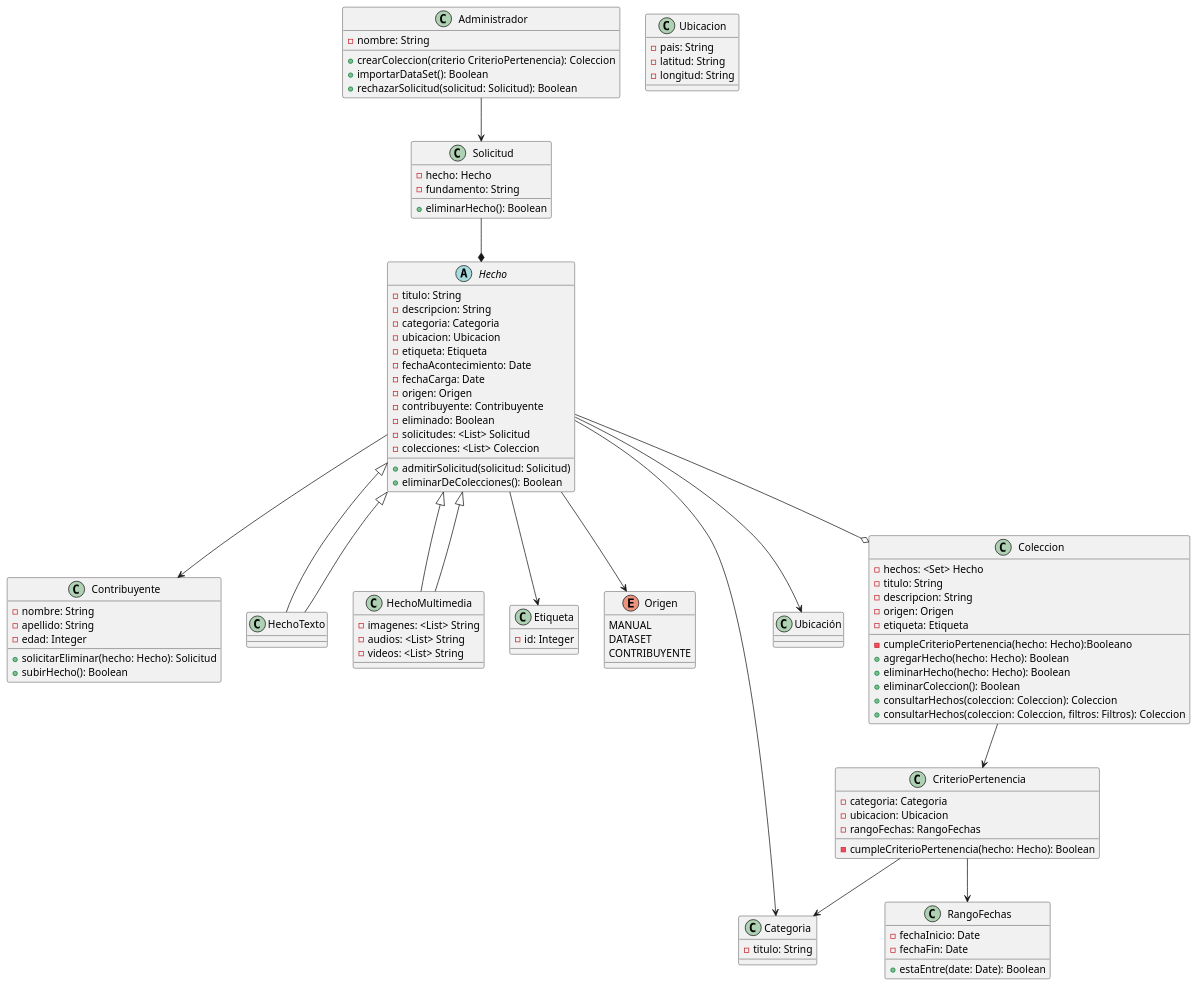
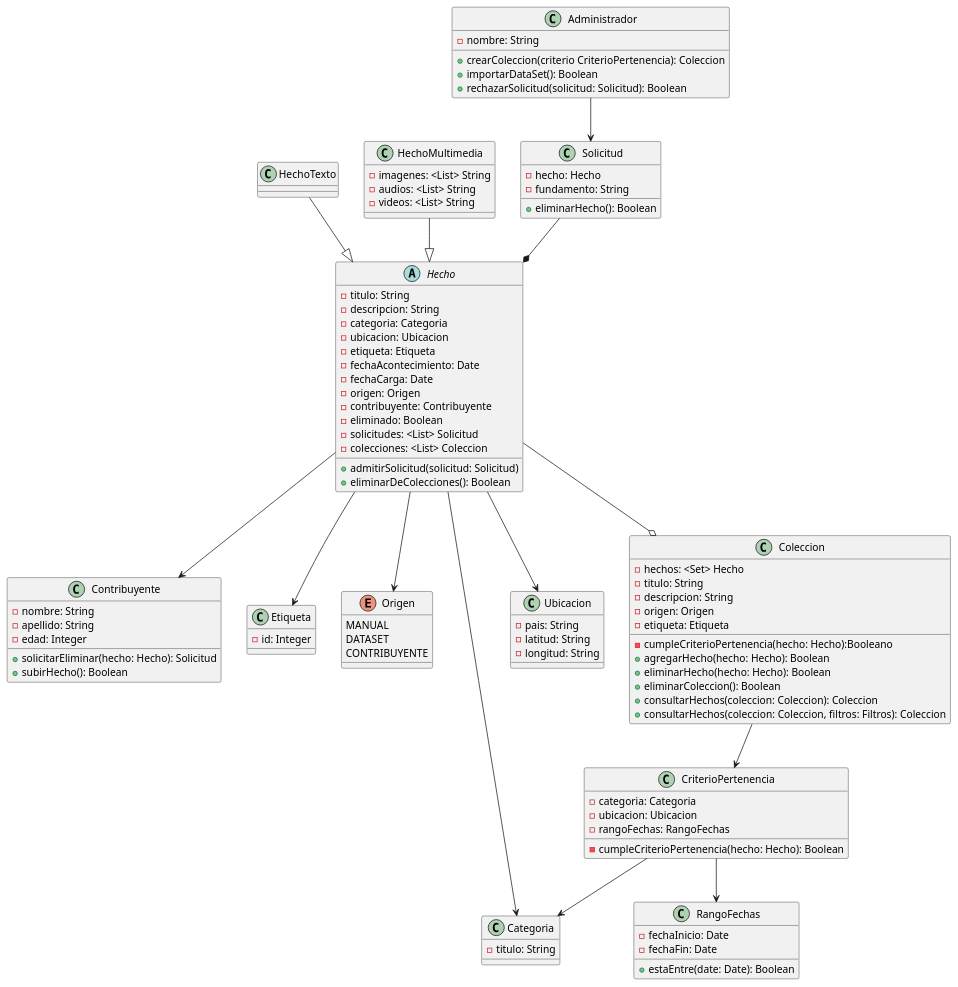
One commit to BrunoRodriguezzz/tp-dsi changed the diagram in DiagramaDeClases-1°Entrega.puml. Above: the diagram before and after it, drawn with PlantUML.

Commit message:
arreglo relaciones

```diff
--- a/DiagramaDeClases-1°Entrega.puml
+++ b/DiagramaDeClases-1°Entrega.puml
@@ -1,110 +1,110 @@
 @startuml
 
 Hecho --> Contribuyente
 HechoTexto --|> Hecho
 HechoMultimedia --|> Hecho
 Hecho --> Etiqueta
 Hecho --> Origen
 Hecho --> Categoria
-Hecho --> Ubicación
+Hecho --> Ubicacion
 Administrador --> Solicitud
 Solicitud --* Hecho
 Hecho --o Coleccion
 Coleccion --> CriterioPertenencia
 CriterioPertenencia --> Categoria
 CriterioPertenencia --> RangoFechas
 
 class Contribuyente {
     -nombre: String
     -apellido: String
     -edad: Integer
     +solicitarEliminar(hecho: Hecho): Solicitud
     +subirHecho(): Boolean
 }
 
 abstract Hecho {
     -titulo: String
     -descripcion: String
     -categoria: Categoria
     -ubicacion: Ubicacion
     -etiqueta: Etiqueta
     -fechaAcontecimiento: Date
     -fechaCarga: Date
     -origen: Origen
     -contribuyente: Contribuyente
     -eliminado: Boolean
     -solicitudes: <List> Solicitud
     -colecciones: <List> Coleccion
     +admitirSolicitud(solicitud: Solicitud)
     +eliminarDeColecciones(): Boolean
 }
 
 class Etiqueta {
     -id: Integer
 }
 
 enum Origen {
     MANUAL
     DATASET
     CONTRIBUYENTE
 }
 
 class Categoria {
     -titulo: String
 }
 
 class Ubicacion {
     -pais: String
     -latitud: String
     -longitud: String
 }
 
-class HechoTexto extends Hecho{
+class HechoTexto{
 }
 
-class HechoMultimedia extends Hecho {
+class HechoMultimedia{
     -imagenes: <List> String
     -audios: <List> String
     -videos: <List> String
 }
 
 class Solicitud {
     -hecho: Hecho
     -fundamento: String
     +eliminarHecho(): Boolean
 }
 
 class Administrador {
     -nombre: String
     +crearColeccion(criterio CriterioPertenencia): Coleccion
     +importarDataSet(): Boolean
     +rechazarSolicitud(solicitud: Solicitud): Boolean
 }
 
 class Coleccion {
     -hechos: <Set> Hecho
     -titulo: String
     -descripcion: String
     -origen: Origen
     -etiqueta: Etiqueta
     -cumpleCriterioPertenencia(hecho: Hecho):Booleano
     +agregarHecho(hecho: Hecho): Boolean
     +eliminarHecho(hecho: Hecho): Boolean
     +eliminarColeccion(): Boolean
     +consultarHechos(coleccion: Coleccion): Coleccion
     +consultarHechos(coleccion: Coleccion, filtros: Filtros): Coleccion
 }
 
 class CriterioPertenencia {
     -categoria: Categoria
     -ubicacion: Ubicacion
     -rangoFechas: RangoFechas
     -cumpleCriterioPertenencia(hecho: Hecho): Boolean
 }
 
 class RangoFechas {
     -fechaInicio: Date
     -fechaFin: Date
     +estaEntre(date: Date): Boolean
 }
 @enduml
```
